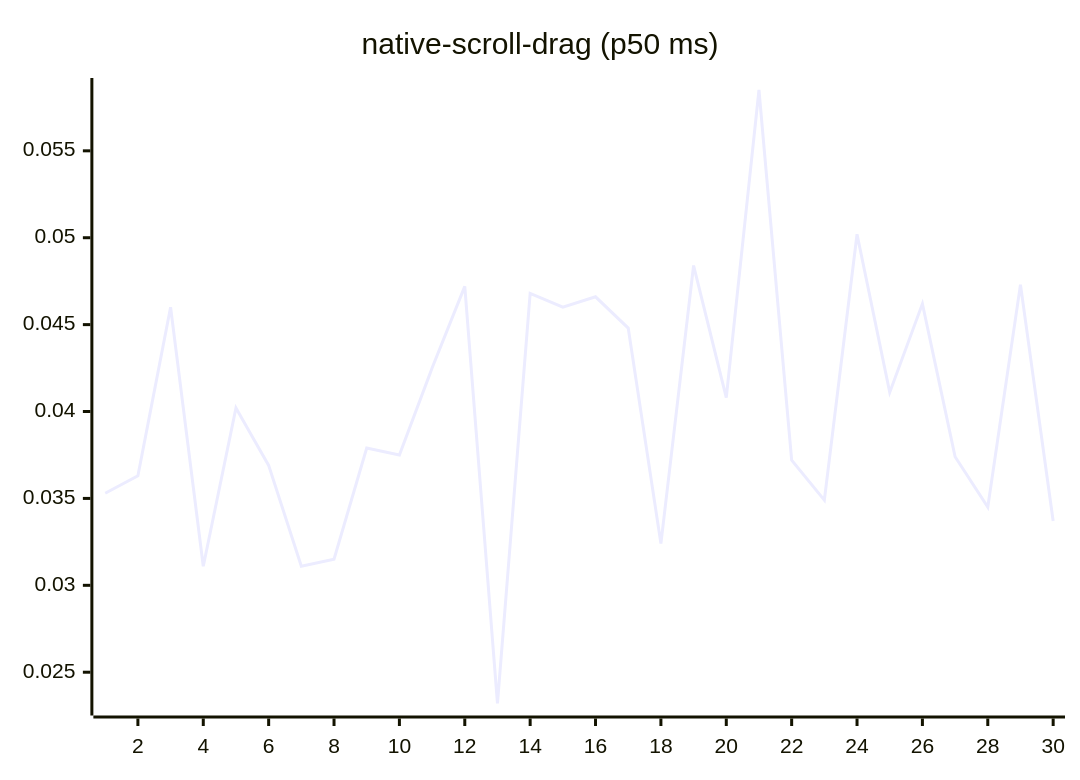
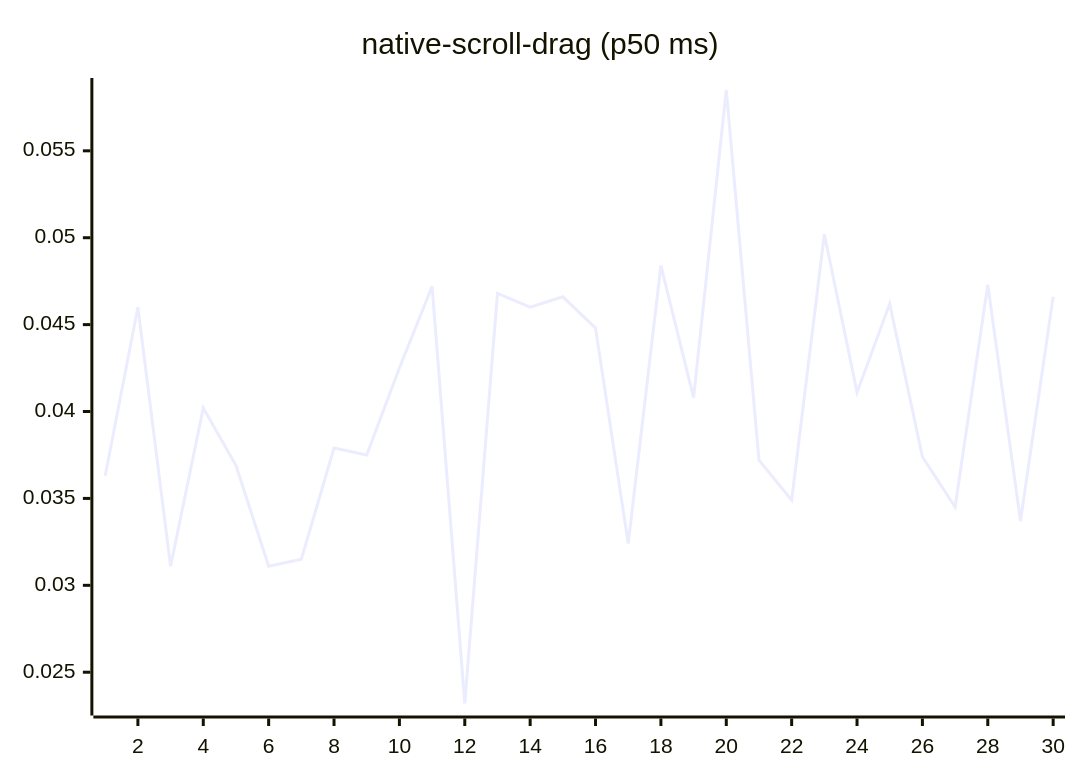
One commit to josha/Facet changed diagram 14 of 27 in README.md. Above: the diagram before and after it, drawn with Mermaid. The commit also changed other lines of this file and 2 other files, not shown here.

````diff
--- a/README.md
+++ b/README.md
@@ -154,6 +154,6 @@
 ```mermaid
 xychart-beta
     title "native-scroll-drag (p50 ms)"
     x-axis 1 --> 30
-    line [0.0353, 0.0363, 0.0460, 0.0311, 0.0402, 0.0369, 0.0311, 0.0315, 0.0379, 0.0375, 0.0425, 0.0472, 0.0232, 0.0468, 0.0460, 0.0466, 0.0448, 0.0324, 0.0484, 0.0408, 0.0585, 0.0372, 0.0349, 0.0502, 0.0411, 0.0462, 0.0374, 0.0345, 0.0473, 0.0337]
+    line [0.0363, 0.0460, 0.0311, 0.0402, 0.0369, 0.0311, 0.0315, 0.0379, 0.0375, 0.0425, 0.0472, 0.0232, 0.0468, 0.0460, 0.0466, 0.0448, 0.0324, 0.0484, 0.0408, 0.0585, 0.0372, 0.0349, 0.0502, 0.0411, 0.0462, 0.0374, 0.0345, 0.0473, 0.0337, 0.0466]
 ```
````
